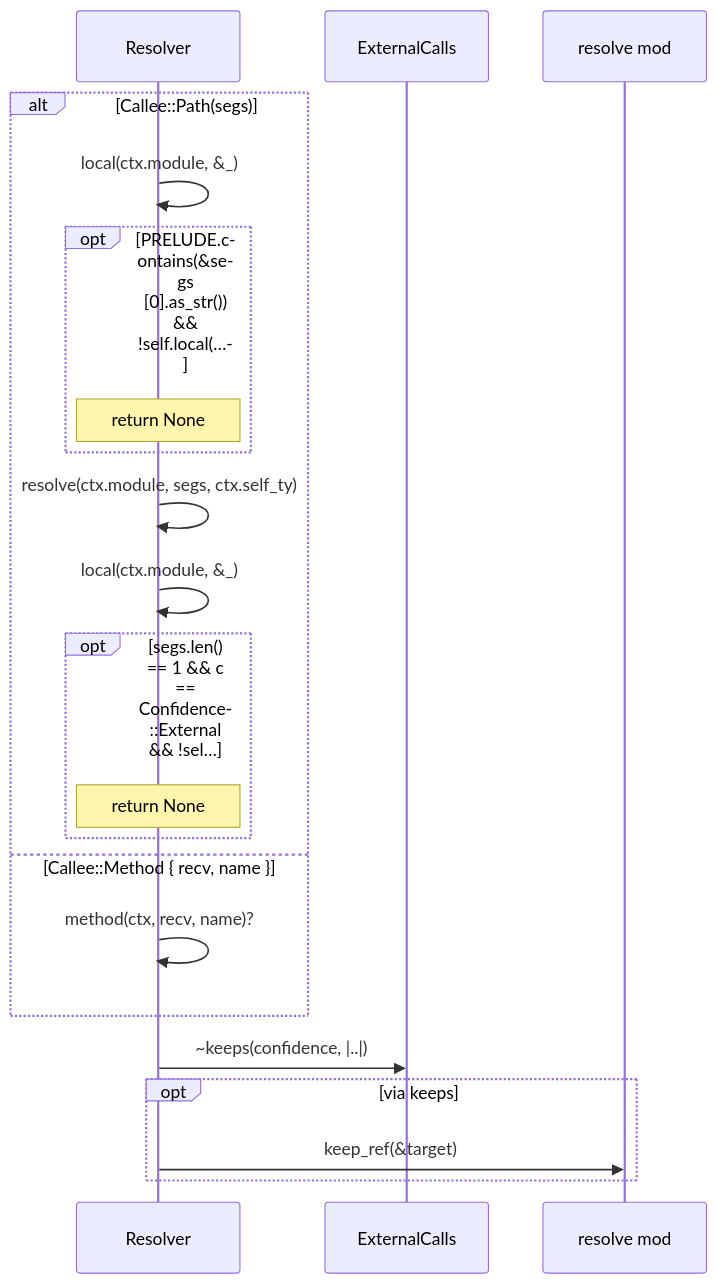
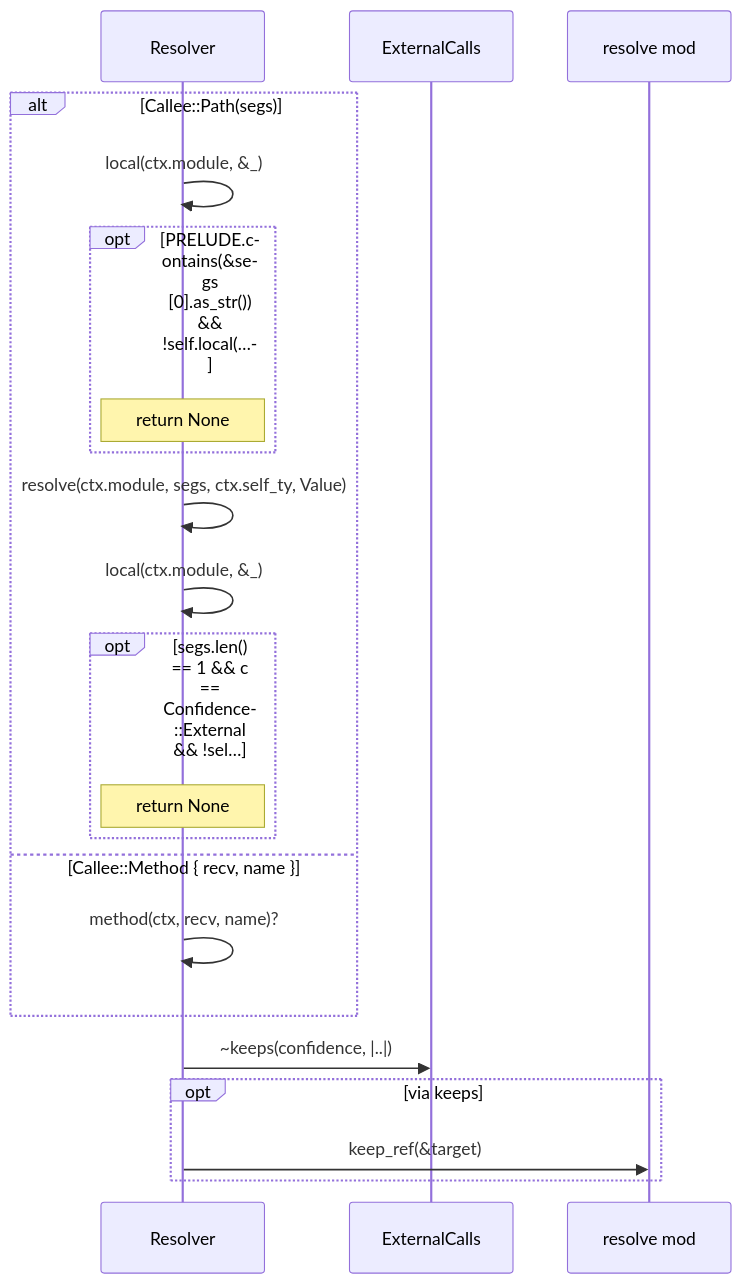
One commit to DreamLab-AI/codemaid changed diagram 18 of 22 in docs/sealmap/crates/sealmap-rust/src/resolve.rs.md. Above: the diagram before and after it, drawn with Mermaid. The commit also changed other lines of this file and 45 other files, not shown here.

First line of the commit message:
docs: regenerate the self-corpus for sym: ids and schema v2

````diff
--- a/docs/sealmap/crates/sealmap-rust/src/resolve.rs.md
+++ b/docs/sealmap/crates/sealmap-rust/src/resolve.rs.md
@@ -422,23 +503,23 @@
 ```mermaid
 sequenceDiagram
-  participant sealmap_rust__resolve__Resolver as Resolver
-  participant sealmap_frontend__confidence__ExternalCalls as ExternalCalls
+  participant sealmap_rust__resolve___tResolver as Resolver
+  participant sealmap_frontend__confidence___tExternalCalls as ExternalCalls
   participant sealmap_rust__resolve as resolve mod
   alt Callee::Path(segs)
-    sealmap_rust__resolve__Resolver->>sealmap_rust__resolve__Resolver: local(ctx.module, &_)
+    sealmap_rust__resolve___tResolver->>sealmap_rust__resolve___tResolver: local(ctx.module, &_)
     opt PRELUDE.contains(&segs [0].as_str()) && !self.local(…
-      Note over sealmap_rust__resolve__Resolver: return None
+      Note over sealmap_rust__resolve___tResolver: return None
     end
-    sealmap_rust__resolve__Resolver->>sealmap_rust__resolve__Resolver: resolve(ctx.module, segs, ctx.self_ty)
-    sealmap_rust__resolve__Resolver->>sealmap_rust__resolve__Resolver: local(ctx.module, &_)
+    sealmap_rust__resolve___tResolver->>sealmap_rust__resolve___tResolver: resolve(ctx.module, segs, ctx.self_ty, Value)
+    sealmap_rust__resolve___tResolver->>sealmap_rust__resolve___tResolver: local(ctx.module, &_)
     opt segs.len() == 1 && c == Confidence::External && !sel…
-      Note over sealmap_rust__resolve__Resolver: return None
+      Note over sealmap_rust__resolve___tResolver: return None
     end
   else Callee::Method { recv, name }
-    sealmap_rust__resolve__Resolver->>sealmap_rust__resolve__Resolver: method(ctx, recv, name)?
+    sealmap_rust__resolve___tResolver->>sealmap_rust__resolve___tResolver: method(ctx, recv, name)?
   end
-  sealmap_rust__resolve__Resolver->>sealmap_frontend__confidence__ExternalCalls: ~keeps(confidence, |..|)
+  sealmap_rust__resolve___tResolver->>sealmap_frontend__confidence___tExternalCalls: ~keeps(confidence, |..|)
   opt via keeps
-    sealmap_rust__resolve__Resolver->>sealmap_rust__resolve: keep_ref(&target)
+    sealmap_rust__resolve___tResolver->>sealmap_rust__resolve: keep_ref(&target)
   end
 ```
````
